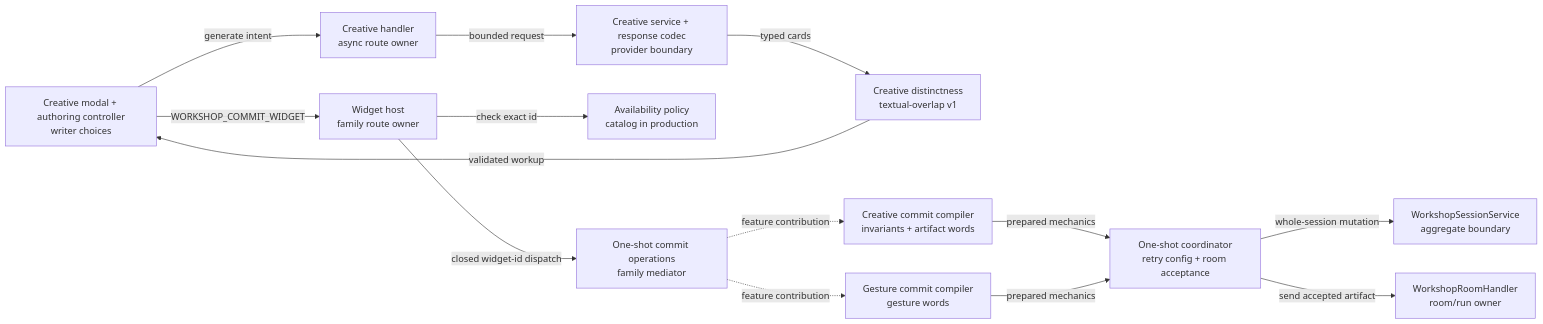
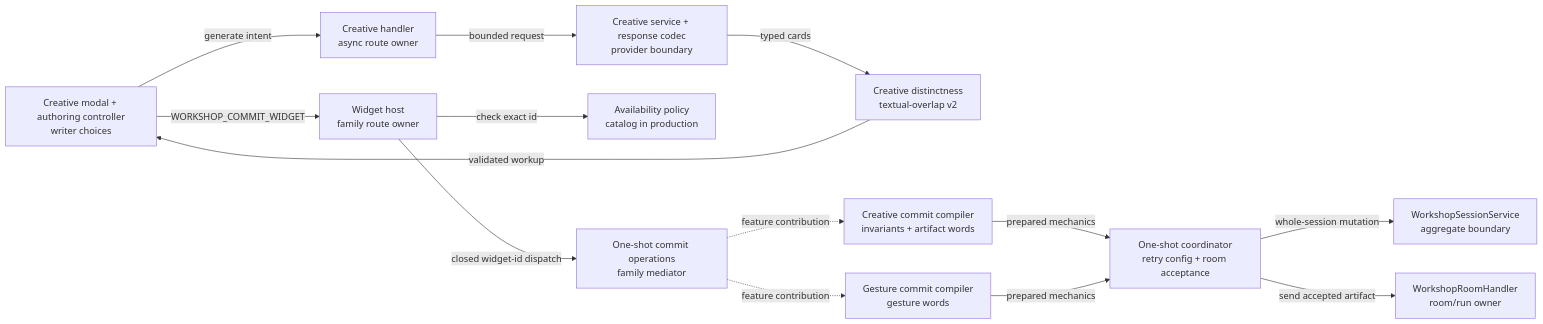
Before and after one commit to okeylanders/prose-minion-vscode: the first of 4 diagrams in docs/architecture/2026-08-10-creative-variations-implementation-runway.md, drawn with Mermaid. The commit also changed other lines of this file and 44 other files, not shown here.

````diff
--- a/docs/architecture/2026-08-10-creative-variations-implementation-runway.md
+++ b/docs/architecture/2026-08-10-creative-variations-implementation-runway.md
@@ -175,17 +175,17 @@
 ```mermaid
 flowchart LR
     UI[Creative modal + authoring controller<br/>writer choices] -->|generate intent| CH[Creative handler<br/>async route owner]
     CH -->|bounded request| CS[Creative service + response codec<br/>provider boundary]
-    CS -->|typed cards| CD[Creative distinctness<br/>textual-overlap v1]
+    CS -->|typed cards| CD[Creative distinctness<br/>textual-overlap v2]
     CD -->|validated workup| UI
 
     UI -->|WORKSHOP_COMMIT_WIDGET| HOST[Widget host<br/>family route owner]
     HOST -->|check exact id| AVAIL[Availability policy<br/>catalog in production]
     HOST -->|closed widget-id dispatch| OPS[One-shot commit operations<br/>family mediator]
     OPS -.->|feature contribution| CC[Creative commit compiler<br/>invariants + artifact words]
     OPS -.->|feature contribution| GC[Gesture commit compiler<br/>gesture words]
     CC -->|prepared mechanics| COORD[One-shot coordinator<br/>retry config + room acceptance]
     GC -->|prepared mechanics| COORD
     COORD -->|whole-session mutation| SESSION[WorkshopSessionService<br/>aggregate boundary]
     COORD -->|send accepted artifact| ROOM[WorkshopRoomHandler<br/>room/run owner]
 ```
````
